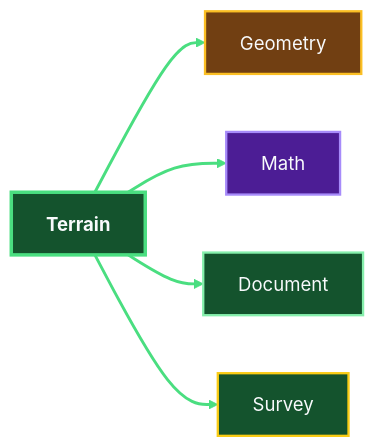
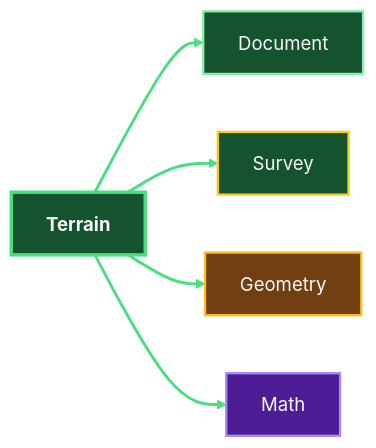
Before and after one commit to chetjones003/GoSurvey: the ninth of 42 diagrams in docs/architecture/system-dependencies.md, drawn with Mermaid (neutral theme). The commit also changed other lines of this file and 3 other files, not shown here.

First line of the commit message:
tools: structure diagram generator and check it in CI

````diff
--- a/docs/architecture/system-dependencies.md
+++ b/docs/architecture/system-dependencies.md
@@ -326,21 +328,21 @@
 ```mermaid
 flowchart LR
   terrain__src["<b>Terrain</b>"]
+  terrain__document["Document"]
+  terrain__survey["Survey"]
   terrain__geometry["Geometry"]
   terrain__math["Math"]
-  terrain__document["Document"]
-  terrain__survey["Survey"]
+  terrain__src --> terrain__document
+  terrain__src --> terrain__survey
   terrain__src --> terrain__geometry
   terrain__src --> terrain__math
-  terrain__src --> terrain__document
-  terrain__src --> terrain__survey
   style terrain__src fill:#14532d,stroke:#4ade80,stroke-width:3px,color:#f8fafc
+  style terrain__document fill:#14532d,stroke:#86efac,stroke-width:2px,color:#f8fafc
+  style terrain__survey fill:#14532d,stroke:#facc15,stroke-width:2px,color:#f8fafc
   style terrain__geometry fill:#713f12,stroke:#fbbf24,stroke-width:2px,color:#f8fafc
   style terrain__math fill:#4c1d95,stroke:#a78bfa,stroke-width:2px,color:#f8fafc
-  style terrain__document fill:#14532d,stroke:#86efac,stroke-width:2px,color:#f8fafc
-  style terrain__survey fill:#14532d,stroke:#facc15,stroke-width:2px,color:#f8fafc
   linkStyle 0 stroke:#4ade80,stroke-width:2.5px
   linkStyle 1 stroke:#4ade80,stroke-width:2.5px
   linkStyle 2 stroke:#4ade80,stroke-width:2.5px
   linkStyle 3 stroke:#4ade80,stroke-width:2.5px
 ```
````
